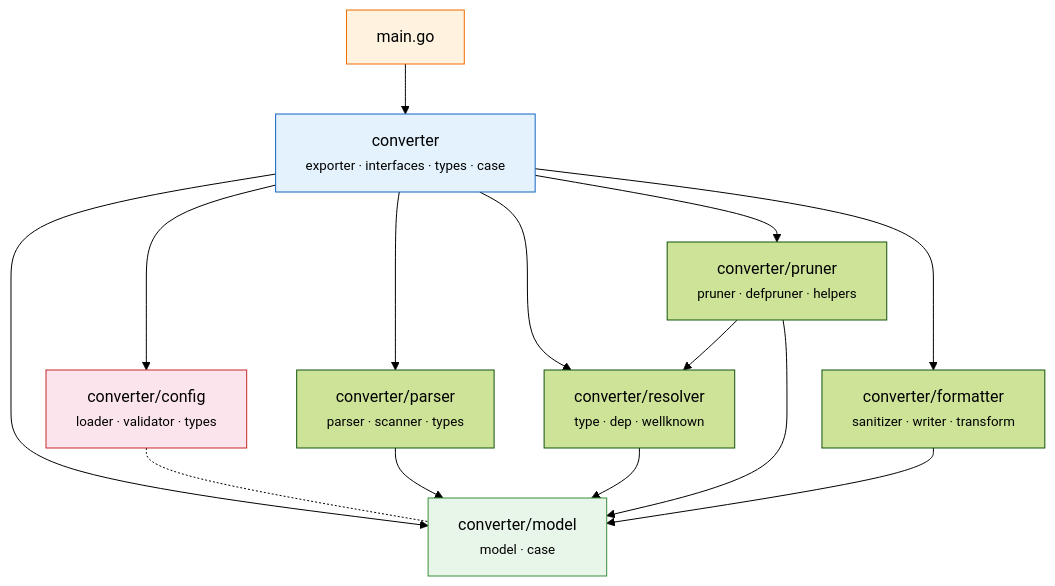
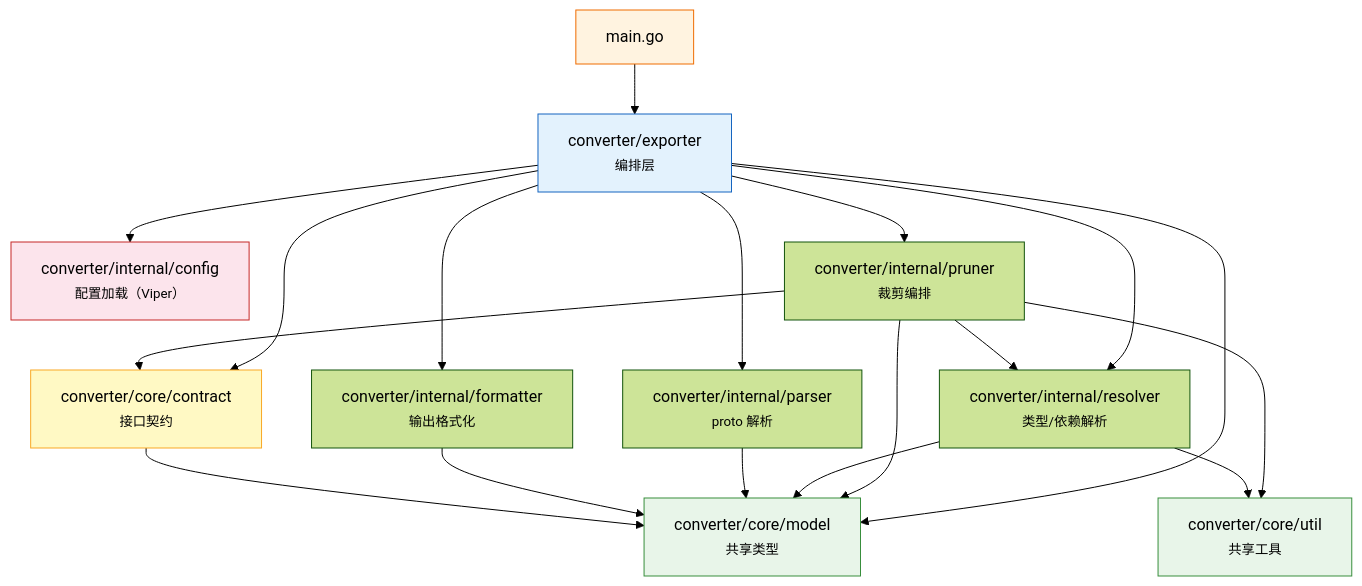
Before and after one commit to aura-studio/proto-converter: the diagram in doc/dependency-graph.md, drawn with Mermaid (forest theme). The commit also changed other lines of this file and 39 other files, not shown here.

````diff
--- a/doc/dependency-graph.md
+++ b/doc/dependency-graph.md
@@ -5,30 +5,40 @@
 ```mermaid
 graph TD
     main["main.go"]
-    converter["converter<br/><small>exporter · interfaces · types · case</small>"]
-    config["converter/config<br/><small>loader · validator · types</small>"]
-    parser["converter/parser<br/><small>parser · scanner · types</small>"]
-    resolver["converter/resolver<br/><small>type · dep · wellknown</small>"]
-    pruner["converter/pruner<br/><small>pruner · defpruner · helpers</small>"]
-    formatter["converter/formatter<br/><small>sanitizer · writer · transform</small>"]
-    model["converter/model<br/><small>model · case</small>"]
+    exporter["converter/exporter<br/><small>编排层</small>"]
+    contract["converter/core/contract<br/><small>接口契约</small>"]
+    util["converter/core/util<br/><small>共享工具</small>"]
+    model["converter/core/model<br/><small>共享类型</small>"]
+    config["converter/internal/config<br/><small>配置加载（Viper）</small>"]
+    parser["converter/internal/parser<br/><small>proto 解析</small>"]
+    resolver["converter/internal/resolver<br/><small>类型/依赖解析</small>"]
+    pruner["converter/internal/pruner<br/><small>裁剪编排</small>"]
+    formatter["converter/internal/formatter<br/><small>输出格式化</small>"]
 
-    main --> converter
-    converter --> config
-    converter --> parser
-    converter --> resolver
-    converter --> pruner
-    converter --> formatter
-    converter --> model
-    config -.- model
-    parser --> model
-    resolver --> model
+    main --> exporter
+    exporter --> contract
+    exporter --> config
+    exporter --> parser
+    exporter --> resolver
+    exporter --> pruner
+    exporter --> formatter
+    exporter --> model
+
+    pruner --> contract
     pruner --> model
     pruner --> resolver
+    pruner --> util
+
+    resolver --> model
+    resolver --> util
+    parser --> model
     formatter --> model
+    contract --> model
 
     style model fill:#e8f5e9,stroke:#388e3c
-    style converter fill:#e3f2fd,stroke:#1565c0
+    style util fill:#e8f5e9,stroke:#388e3c
+    style contract fill:#fff9c4,stroke:#f9a825
+    style exporter fill:#e3f2fd,stroke:#1565c0
     style main fill:#fff3e0,stroke:#ef6c00
     style config fill:#fce4ec,stroke:#c62828
 ```
````
